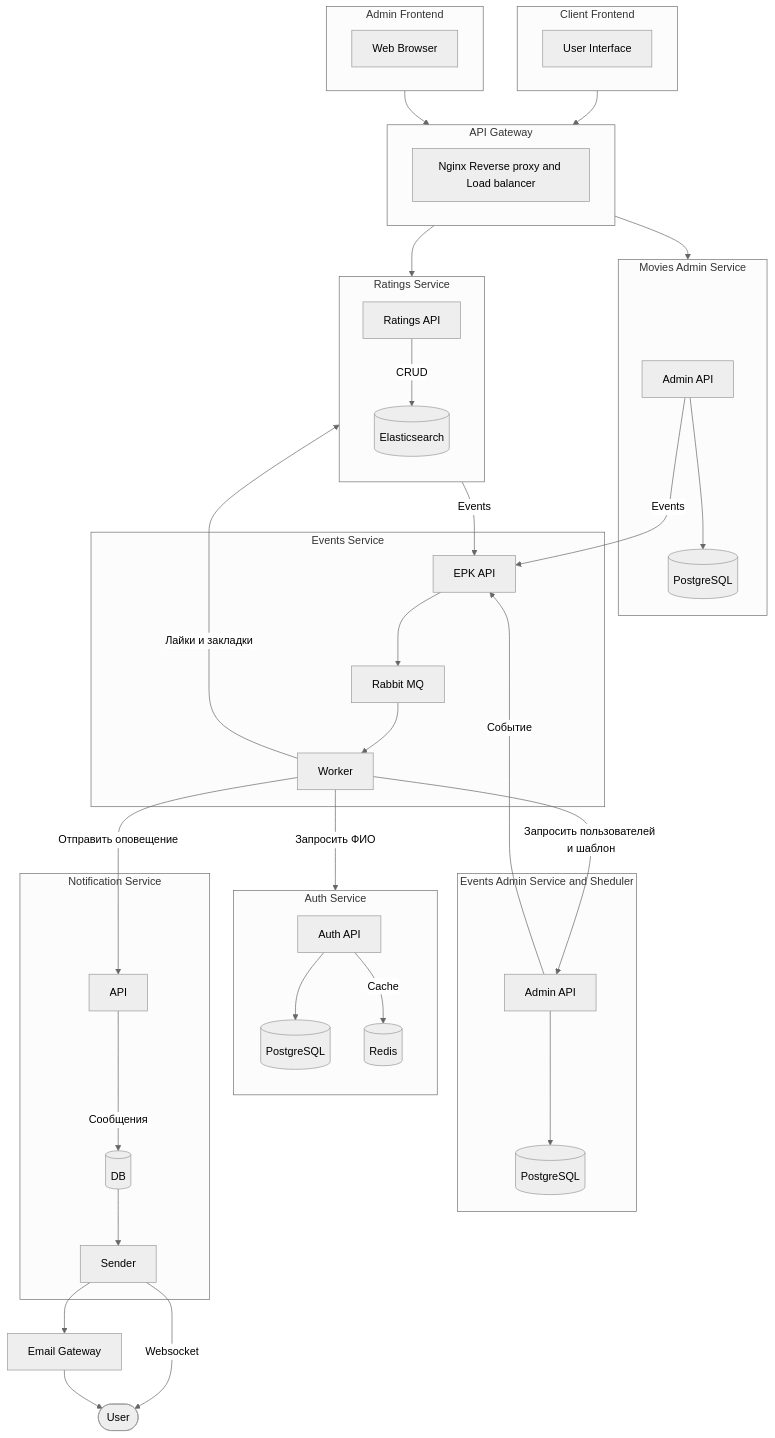
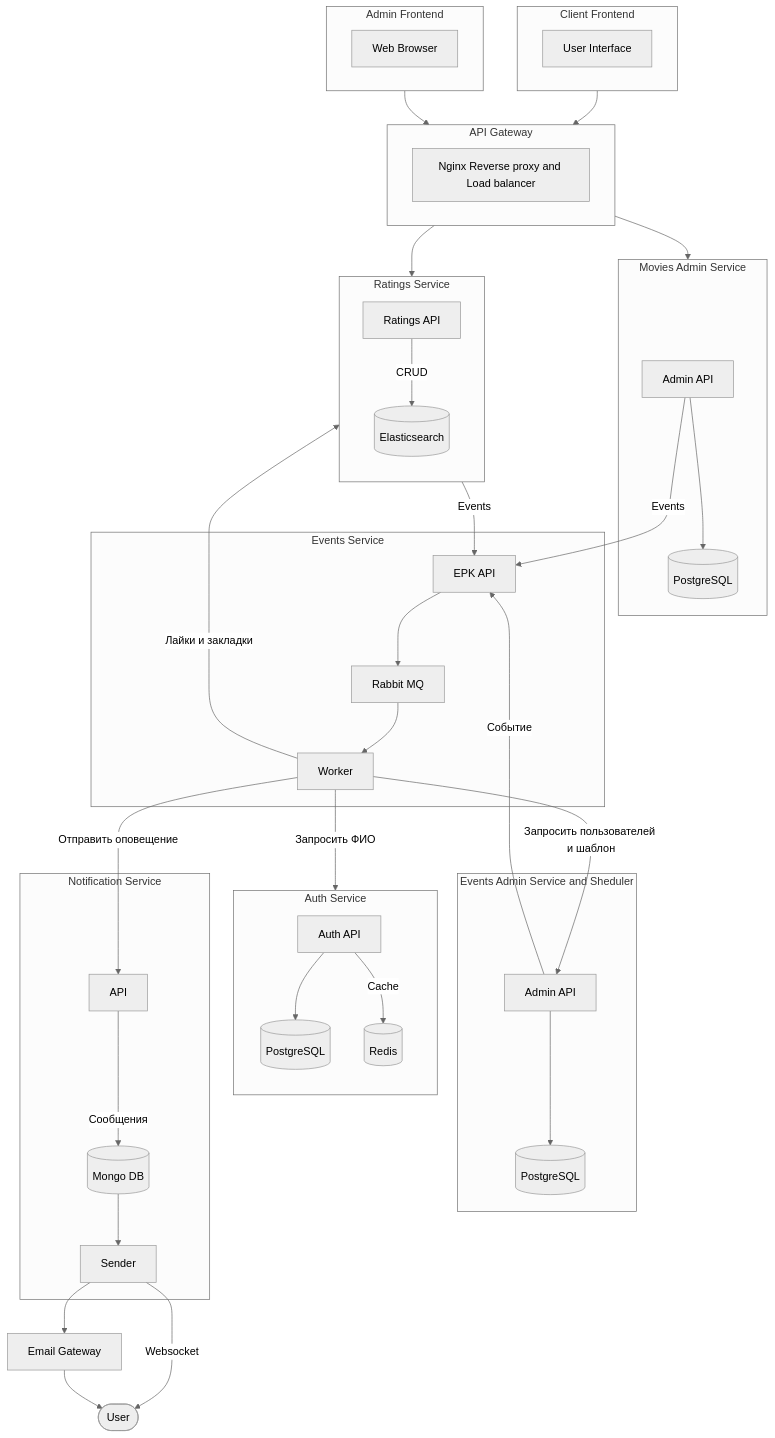
The diagram in reqs/solution_architecture_pechkin.md (smb13/notifications_sprint_1), drawn with Mermaid (neutral theme) before and after one commit.

````diff
--- a/reqs/solution_architecture_pechkin.md
+++ b/reqs/solution_architecture_pechkin.md
@@ -3,81 +3,81 @@
 ```mermaid
 flowchart TB
     subgraph clientFrontend[Client Frontend]
         userInterface[User Interface]
     end
     
     subgraph adminFrontend[Admin Frontend]
         webBrowser[Web Browser]
     end
 
     subgraph apiGateway[API Gateway]
         Nginx[Nginx Reverse proxy and Load balancer]
     end
 
     subgraph authService[Auth Service]
         direction TB
         authAPI[Auth API]
         postgresAuthDB[(PostgreSQL)]
         redisCacheAuth[(Redis)]
 
         authAPI --> postgresAuthDB
         authAPI--Cache-->redisCacheAuth
     end
 
     subgraph adminService[Movies Admin Service]
         adminAPI[Admin API]
         postgresMoviesDB[(PostgreSQL)]
         adminAPI --> postgresMoviesDB
     end
 
     subgraph eventAdminService[Events Admin Service and Sheduler]
         adminInterface[Admin API]
         postgresTemplatesDB[(PostgreSQL)]
         adminInterface --> postgresTemplatesDB
     end
 
     subgraph ugcService[Ratings Service]
         direction TB
         ratingsAPI[Ratings API]
         elasticsearchRatingsDB[(Elasticsearch)]
     end
 
     subgraph EventsService[Events Service]
         EPKAPI[EPK API]
         Rabbit[Rabbit MQ]
         Worker
         EPKAPI --> Rabbit
         Rabbit --> Worker
     end
 
     subgraph EPKService[Notification Service]
         Mailer["API"]
         Sender["Sender"]
-        DB[(DB)]
+        DB[(Mongo DB)]
         DB --> Sender
         Mailer --Сообщения--> DB
     end
 
     ratingsAPI --CRUD--> elasticsearchRatingsDB
 
     clientFrontend --> apiGateway
     adminFrontend --> apiGateway
 
     apiGateway --> adminService
     apiGateway --> ugcService
 
     adminAPI --Events--> EPKAPI
     ratingsAPI --Events--> EPKAPI
     
     adminInterface --Событие--> EPKAPI
 
     Worker --Отправить оповещение--> Mailer
     Worker --Запросить ФИО--> authAPI
     Worker --Лайки и закладки--> ratingsAPI
     Worker --Запросить пользователей и шаблон--> adminInterface
     
     Sender --> Gateway["Email Gateway"]
     Sender --Websocket--> User
     Gateway --> User([User])
 
 ```
````
